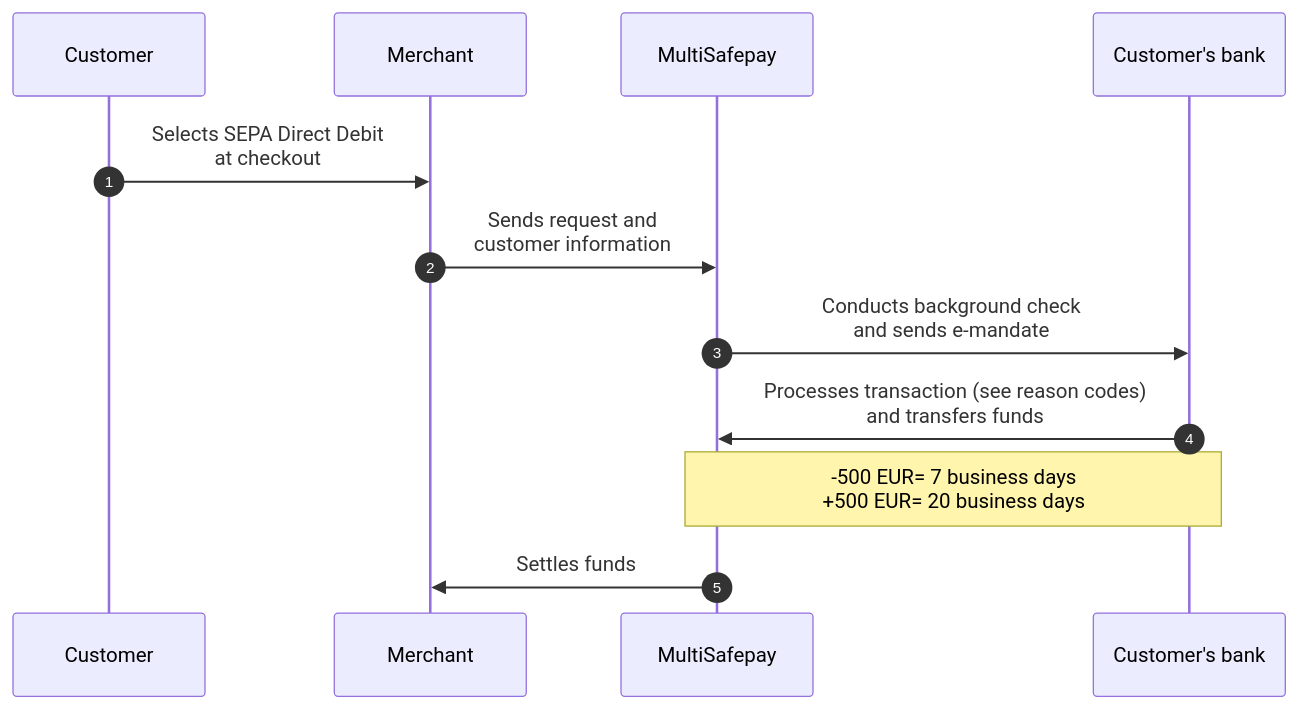
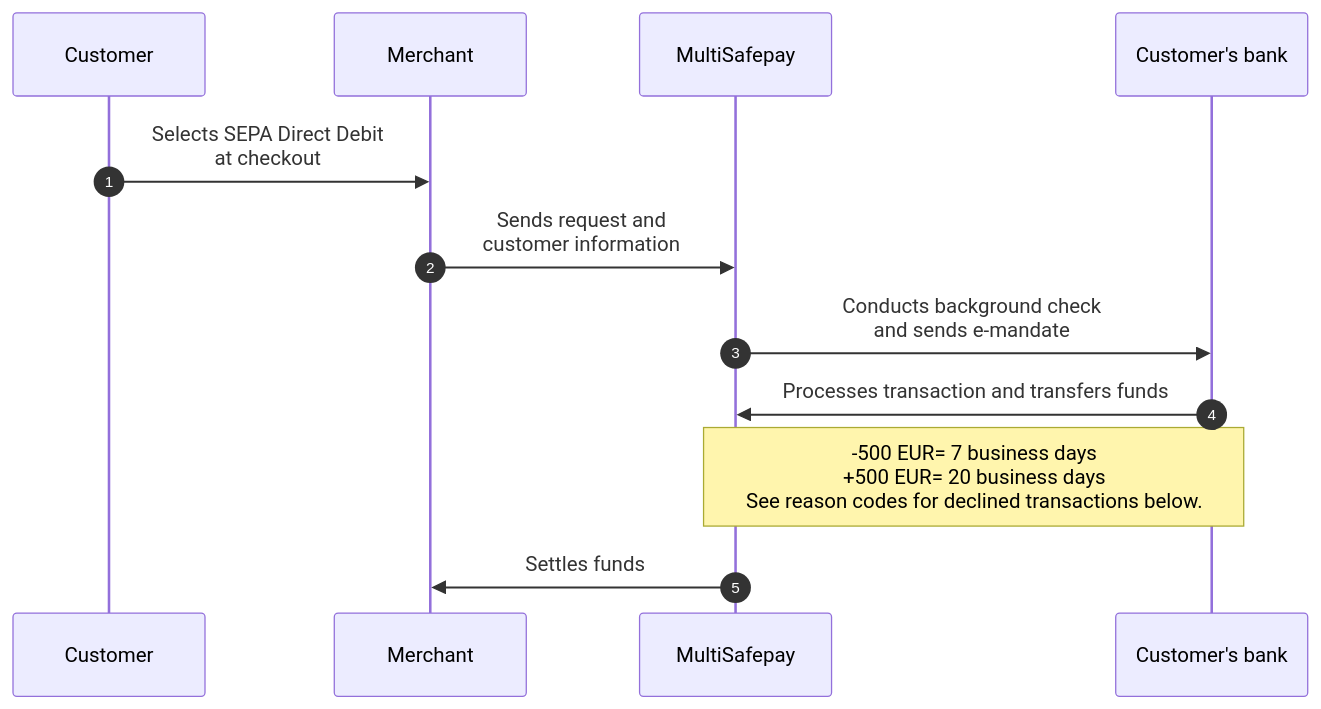
The diagram in content/payments/methods/banks/sepa-direct-debit/payment-flow.md (MultiSafepay/docs), drawn with Mermaid before and after one commit. The commit also changed other lines of this file and 37 other files, not shown here.

```diff
--- a/content/payments/methods/banks/sepa-direct-debit/payment-flow.md
+++ b/content/payments/methods/banks/sepa-direct-debit/payment-flow.md
@@ -22,17 +22,17 @@
 {{< mermaid class="text-center" >}}
 
 sequenceDiagram
     autonumber
     participant C as Customer
     participant Me as Merchant
     participant Mu as MultiSafepay
     participant CB as Customer's bank
     
     C->>Me: Selects SEPA Direct Debit <br> at checkout
     Me->>Mu: Sends request and <br> customer information
     Mu->>CB: Conducts background check <br> and sends e-mandate
-    CB->>Mu: Processes transaction (see reason codes) <br> and transfers funds 
-    Note over CB,Mu: -500 EUR= 7 business days <br> +500 EUR= 20 business days
+    CB->>Mu: Processes transaction and transfers funds 
+    Note over CB,Mu: -500 EUR= 7 business days <br> +500 EUR= 20 business days <br> See reason codes for declined transactions below.
     Mu->>Me: Settles funds
 
 {{< /mermaid >}}
```
